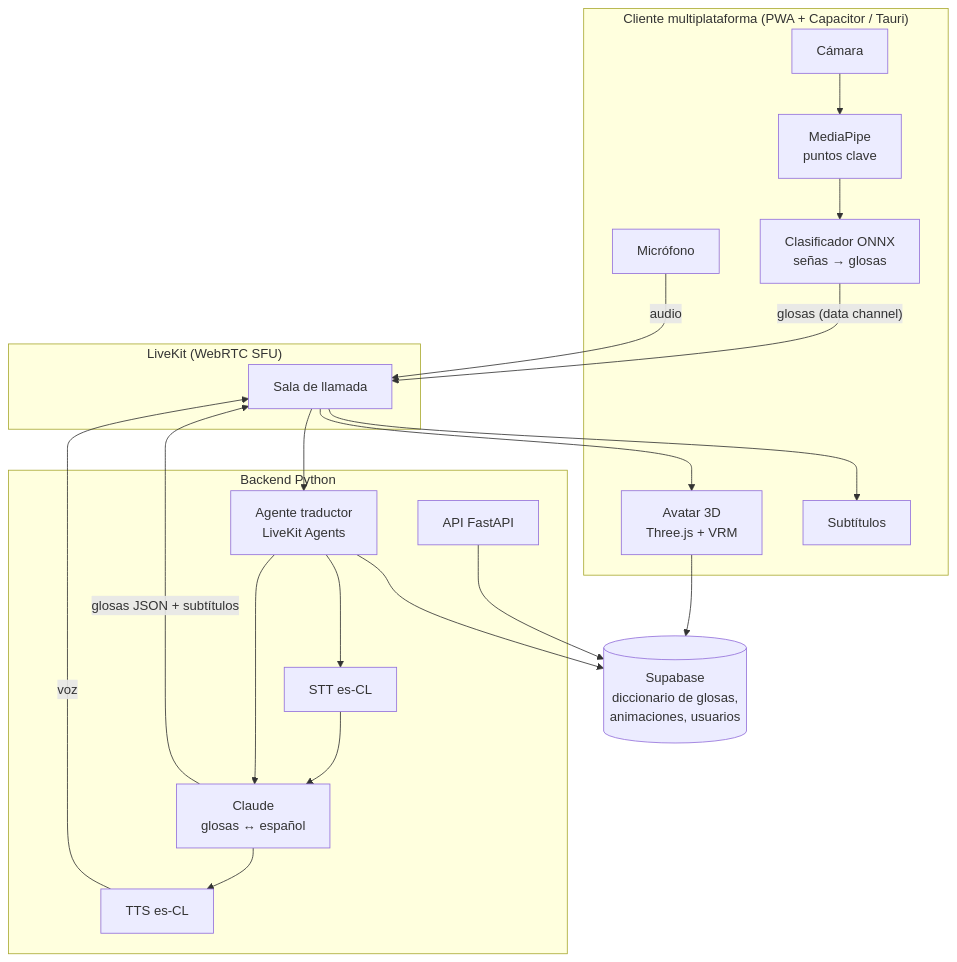
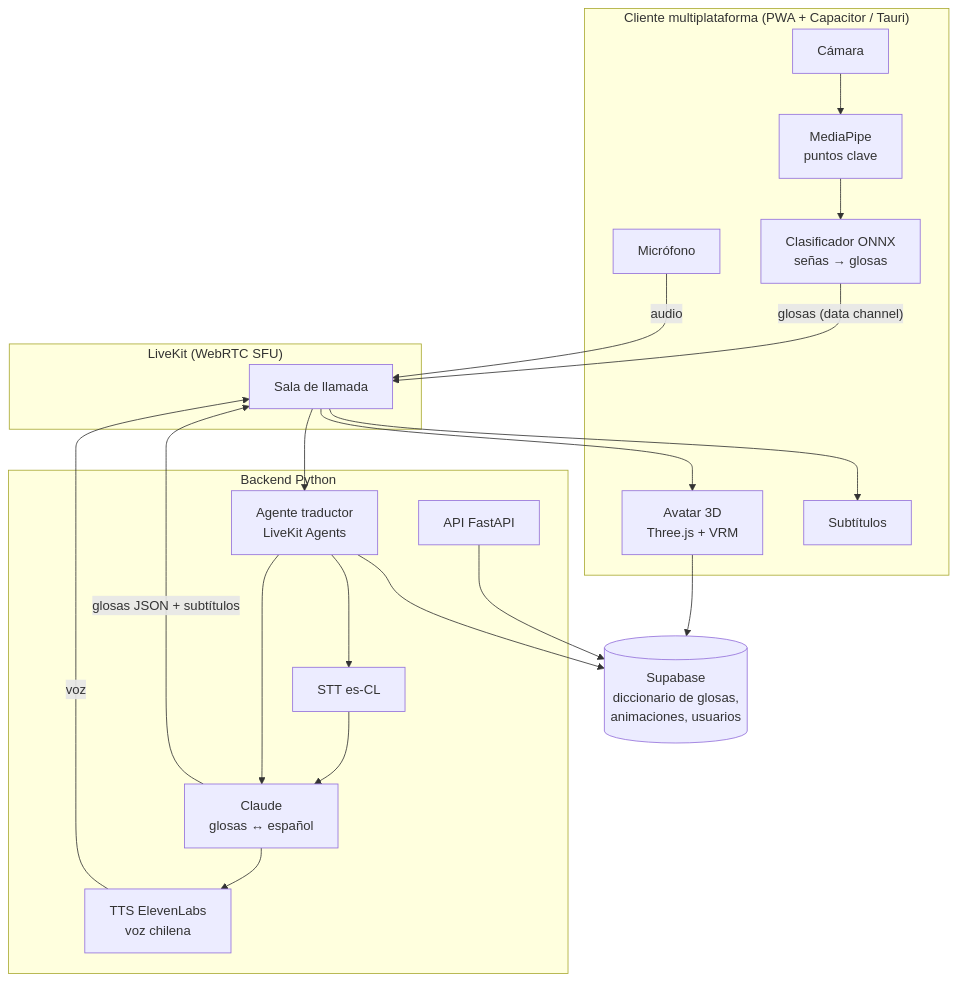
The diagram in docs/adr/README.md (platanus-hack/platanus-hack-26-cl-team-12), drawn with Mermaid before and after one commit. The commit also changed other lines of this file and 1 other file, not shown here.

Commit message:
docs(adr-0006): usar ElevenLabs como TTS de español chileno
Azure TTS es-CL queda como respaldo. Se agregan voz chilena vía Voice
Library o voice cloning con consentimiento, modelo de baja latencia con
streaming, plugin de LiveKit Agents y control de costos.

````diff
--- a/docs/adr/README.md
+++ b/docs/adr/README.md
@@ -36,37 +36,37 @@
 ```mermaid
 graph TD
     subgraph Cliente["Cliente multiplataforma (PWA + Capacitor / Tauri)"]
         Cam["Cámara"] --> MP["MediaPipe<br/>puntos clave"]
         MP --> Clf["Clasificador ONNX<br/>señas → glosas"]
         Mic["Micrófono"]
         Avatar["Avatar 3D<br/>Three.js + VRM"]
         Subs["Subtítulos"]
     end
 
     subgraph RT["LiveKit (WebRTC SFU)"]
         Room["Sala de llamada"]
     end
 
     subgraph Backend["Backend Python"]
         Agent["Agente traductor<br/>LiveKit Agents"]
         LLM["Claude<br/>glosas ↔ español"]
         STT["STT es-CL"]
-        TTS["TTS es-CL"]
+        TTS["TTS ElevenLabs<br/>voz chilena"]
         API["API FastAPI"]
     end
 
     DB[("Supabase<br/>diccionario de glosas,<br/>animaciones, usuarios")]
 
     Clf -- "glosas (data channel)" --> Room
     Mic -- "audio" --> Room
     Room --> Agent
     Agent --> STT --> LLM
     Agent --> LLM --> TTS
     TTS -- "voz" --> Room
     LLM -- "glosas JSON + subtítulos" --> Room
     Room --> Avatar
     Room --> Subs
     API --> DB
     Agent --> DB
     Avatar --> DB
 ```
````
